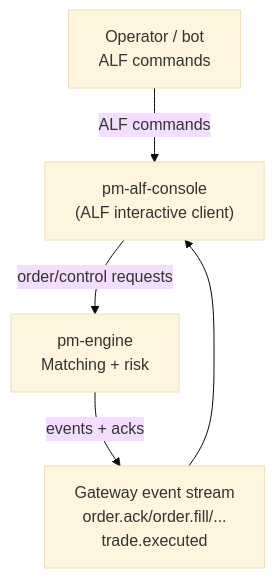
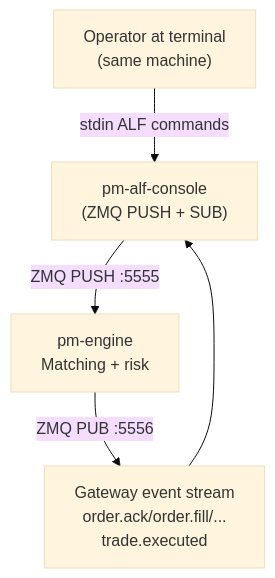
One commit to johan162/EduMatcher changed the first of 5 diagrams in docs/user-guide/08-gateway.md. Above: the diagram before and after it, drawn with Mermaid (base theme). The commit also changed other lines of this file and 24 other files, not shown here.

````diff
--- a/docs/user-guide/08-gateway.md
+++ b/docs/user-guide/08-gateway.md
@@ -164,12 +177,12 @@
 ```mermaid
 flowchart TB
-  CL["Operator / bot\nALF commands"]
-  GW["pm-alf-console\n(ALF interactive client)"]
+  CL["Operator at terminal\n(same machine)"]
+  GW["pm-alf-console\n(ZMQ PUSH + SUB)"]
   ENG["pm-engine\nMatching + risk"]
   EVT["Gateway event stream\norder.ack/order.fill/...\ntrade.executed"]
 
-  CL -->|"ALF commands"| GW
-  GW -->|"order/control requests"| ENG
-  ENG -->|"events + acks"| EVT
+  CL -->|"stdin ALF commands"| GW
+  GW -->|"ZMQ PUSH :5555"| ENG
+  ENG -->|"ZMQ PUB :5556"| EVT
   EVT --> GW
 ```
````
